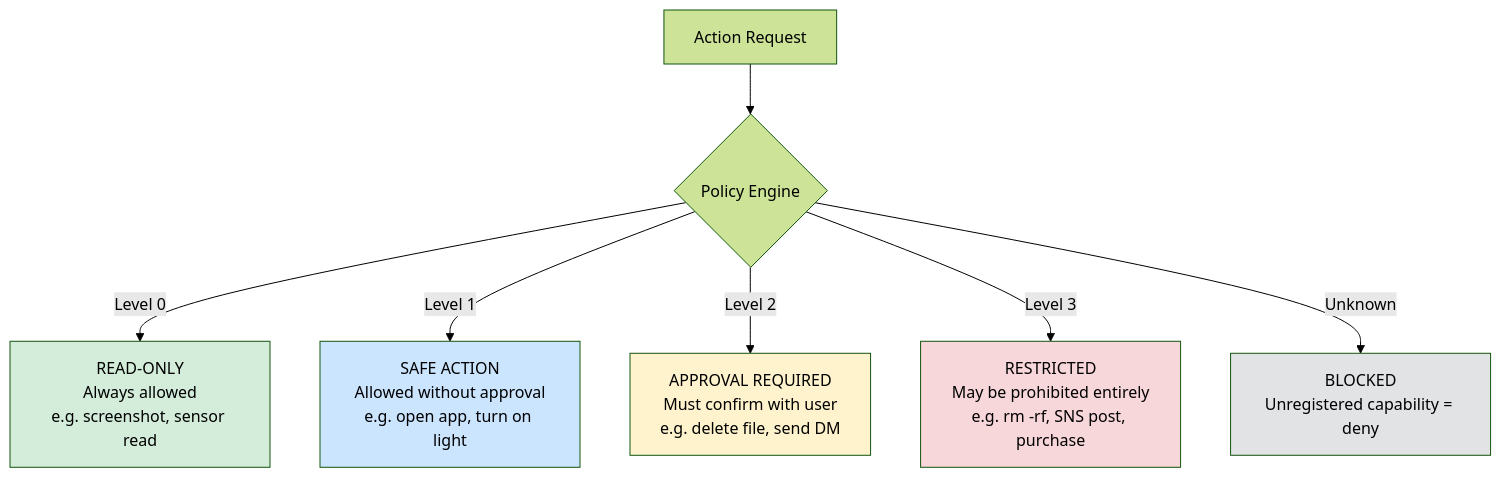
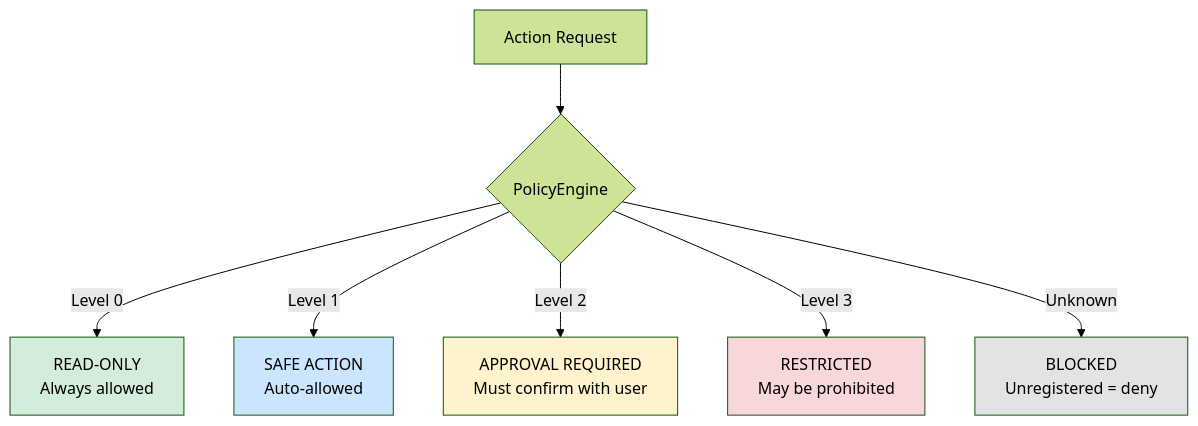
Before and after one commit to Kohaku912/AEGIS: the third of 3 diagrams in docs/architecture.md, drawn with Mermaid (forest theme). The commit also changed other lines of this file and 17 other files, not shown here.

````diff
--- a/docs/architecture.md
+++ b/docs/architecture.md
@@ -523,15 +594,15 @@
 ```mermaid
 graph TD
-    A[Action Request] --> B{Policy Engine}
-    B -->|Level 0| C[READ-ONLY<br/>Always allowed<br/>e.g. screenshot, sensor read]
-    B -->|Level 1| D[SAFE ACTION<br/>Allowed without approval<br/>e.g. open app, turn on light]
-    B -->|Level 2| E[APPROVAL REQUIRED<br/>Must confirm with user<br/>e.g. delete file, send DM]
-    B -->|Level 3| F[RESTRICTED<br/>May be prohibited entirely<br/>e.g. rm -rf, SNS post, purchase]
-    B -->|Unknown| G[BLOCKED<br/>Unregistered capability = deny]
+    A[Action Request] --> B{PolicyEngine}
+    B -->|Level 0| C[READ-ONLY<br/>Always allowed]
+    B -->|Level 1| D[SAFE ACTION<br/>Auto-allowed]
+    B -->|Level 2| E[APPROVAL REQUIRED<br/>Must confirm with user]
+    B -->|Level 3| F[RESTRICTED<br/>May be prohibited]
+    B -->|Unknown| G[BLOCKED<br/>Unregistered = deny]
 
     style C fill:#d4edda
     style D fill:#cce5ff
     style E fill:#fff3cd
     style F fill:#f8d7da
     style G fill:#e2e3e5
 ```
````
